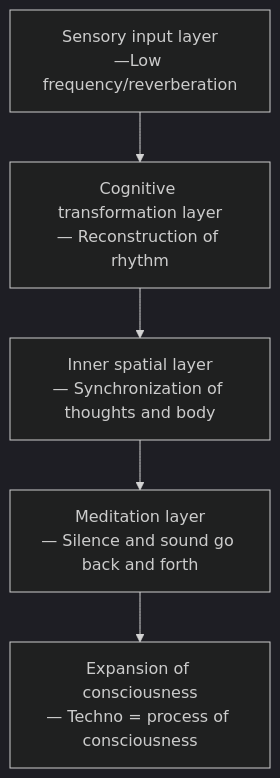
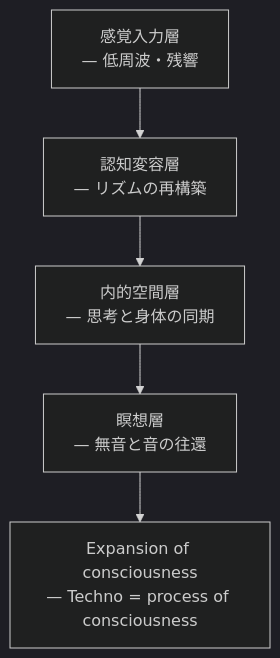
Before and after one commit to monumental-movement/monumental-movement.github.io: the fifth of 7 diagrams in en/_posts/2025-10-24-column-plastikman-richie-hawtin.md, drawn with Mermaid (dark theme). The commit also changed other lines of this file and 2196 other files, not shown here.

```diff
--- a/en/_posts/2025-10-24-column-plastikman-richie-hawtin.md
+++ b/en/_posts/2025-10-24-column-plastikman-richie-hawtin.md
@@ -246,9 +245,9 @@
 <div class="mermaid">
 
 flowchart TD
-    A[Sensory input layer<br>—Low frequency/reverberation] --> B[Cognitive transformation layer<br>— Reconstruction of rhythm]
-    B --> C[Inner spatial layer<br>— Synchronization of thoughts and body]
-    C --> D[Meditation layer<br>— Silence and sound go back and forth]
+    A[感覚入力層<br>— 低周波・残響] --> B[認知変容層<br>— リズムの再構築]
+    B --> C[内的空間層<br>— 思考と身体の同期]
+    C --> D[瞑想層<br>— 無音と音の往還]
     D --> E[Expansion of consciousness<br>— Techno = process of consciousness]
 
 </div>
```
